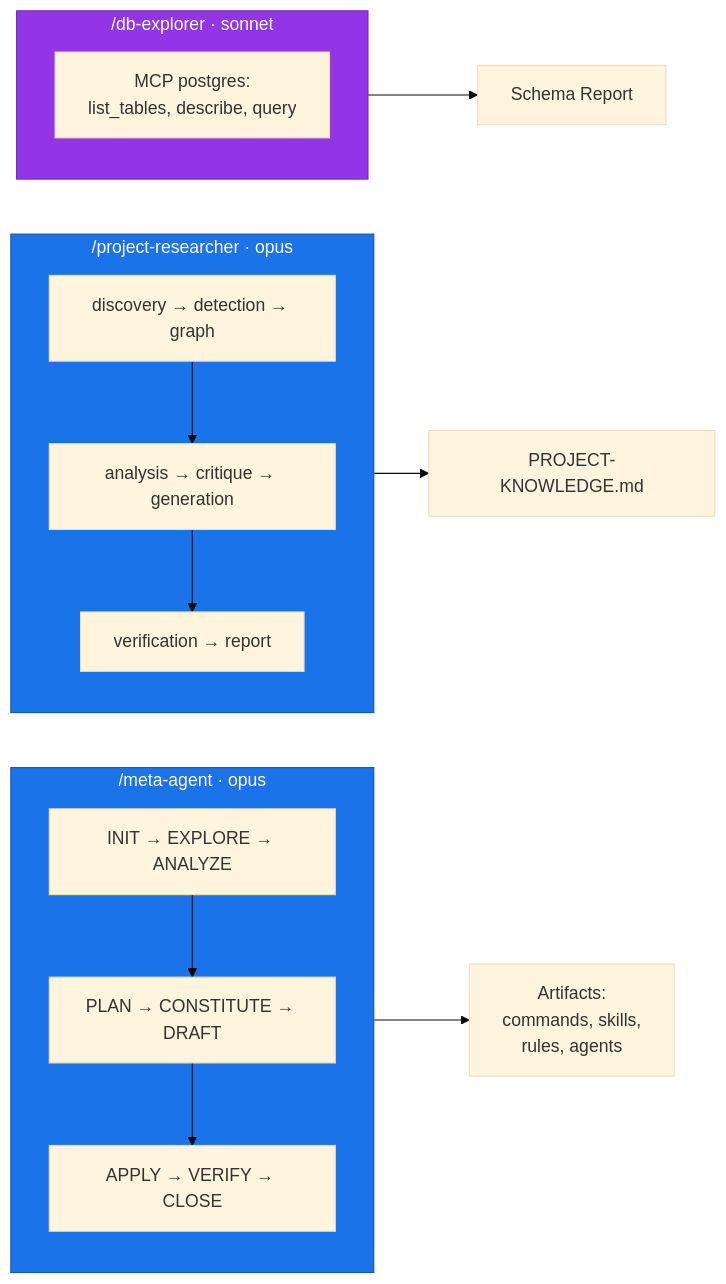
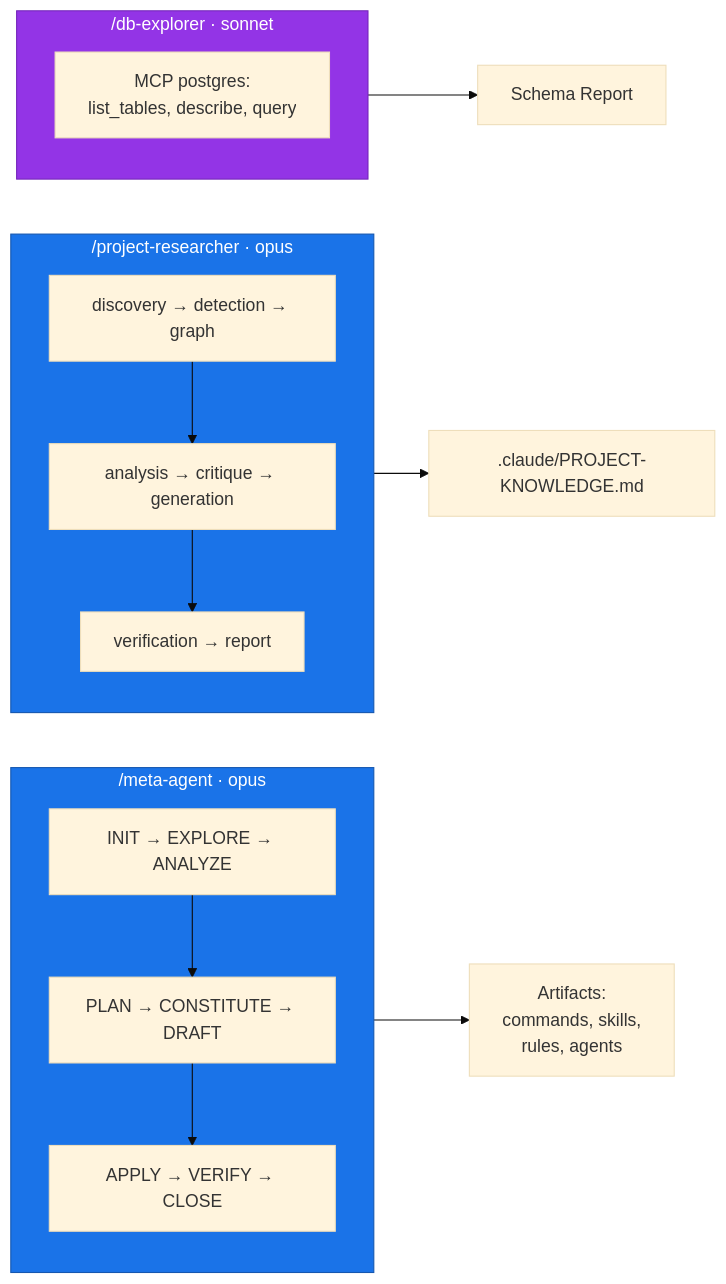
Before and after one commit to hex0xdeadbeef/claude-kit: the fourth of 6 diagrams in README.md, drawn with Mermaid (base theme). The commit also changed other lines of this file and 44 other files, not shown here.

````diff
--- a/README.md
+++ b/README.md
@@ -408,23 +408,23 @@
 ```mermaid
 flowchart LR
     subgraph META ["/meta-agent · opus"]
         direction TB
         MA1["INIT → EXPLORE → ANALYZE"] --> MA2["PLAN → CONSTITUTE → DRAFT"] --> MA3["APPLY → VERIFY → CLOSE"]
     end
     META --> ART["Artifacts:<br/>commands, skills,<br/>rules, agents"]
 
     subgraph PROJ ["/project-researcher · opus"]
         direction TB
         PR1["discovery → detection → graph"] --> PR2["analysis → critique → generation"] --> PR3["verification → report"]
     end
-    PROJ --> PK["PROJECT-KNOWLEDGE.md"]
+    PROJ --> PK[".claude/PROJECT-KNOWLEDGE.md"]
 
     subgraph DBE ["/db-explorer · sonnet"]
         DB_TOOLS["MCP postgres:<br/>list_tables, describe, query"]
     end
     DBE --> SCH["Schema Report"]
 
     style META fill:#1a73e8,color:#fff,stroke:#1557b0
     style PROJ fill:#1a73e8,color:#fff,stroke:#1557b0
     style DBE fill:#9334e6,color:#fff,stroke:#7627bb
 ```
````
